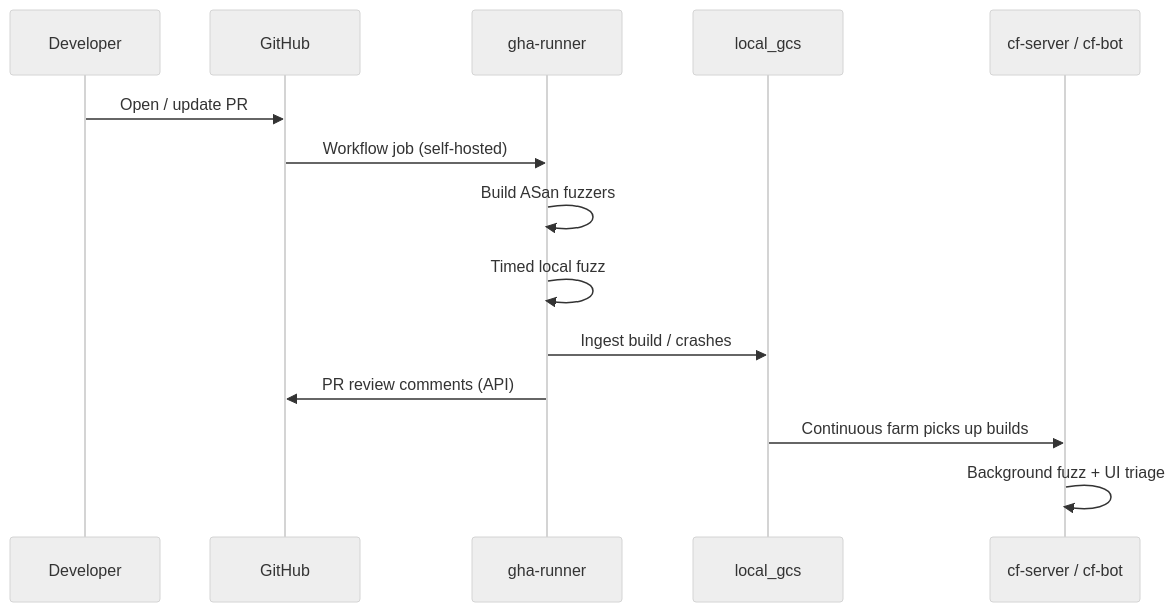
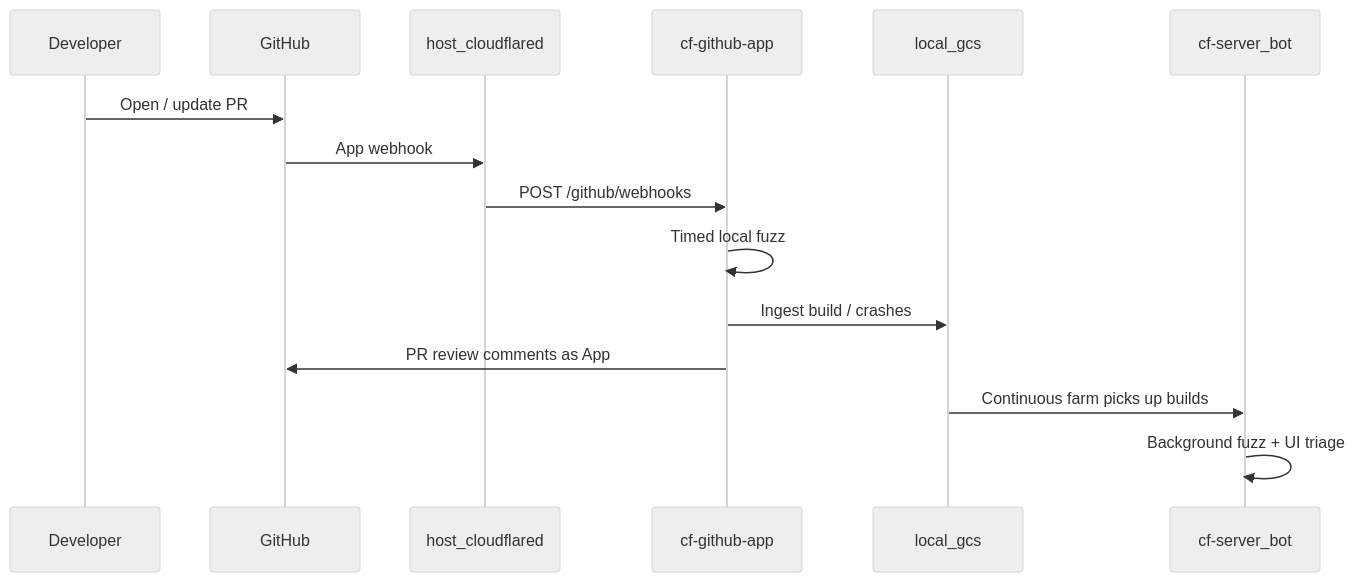
Before and after one commit to WiredMind2/clusterfuzz: the second of 2 diagrams in deploy/docs/architecture.md, drawn with Mermaid (neutral theme). The commit also changed other lines of this file and 45 other files, not shown here.

First line of the commit message:
Harden GitHub App PR fuzz and clean up deploy glue.

````diff
--- a/deploy/docs/architecture.md
+++ b/deploy/docs/architecture.md
@@ -70,17 +71,18 @@
 ```mermaid
 sequenceDiagram
   participant Dev as Developer
   participant GH as GitHub
-  participant R as gha-runner
+  participant Tunnel as host_cloudflared
+  participant App as cf-github-app
   participant GCS as local_gcs
-  participant CF as cf-server / cf-bot
+  participant CF as cf-server_bot
 
   Dev->>GH: Open / update PR
-  GH->>R: Workflow job (self-hosted)
-  R->>R: Build ASan fuzzers
-  R->>R: Timed local fuzz
-  R->>GCS: Ingest build / crashes
-  R->>GH: PR review comments (API)
+  GH->>Tunnel: App webhook
+  Tunnel->>App: POST /github/webhooks
+  App->>App: Timed local fuzz
+  App->>GCS: Ingest build / crashes
+  App->>GH: PR review comments as App
   GCS->>CF: Continuous farm picks up builds
   CF->>CF: Background fuzz + UI triage
 ```
````
